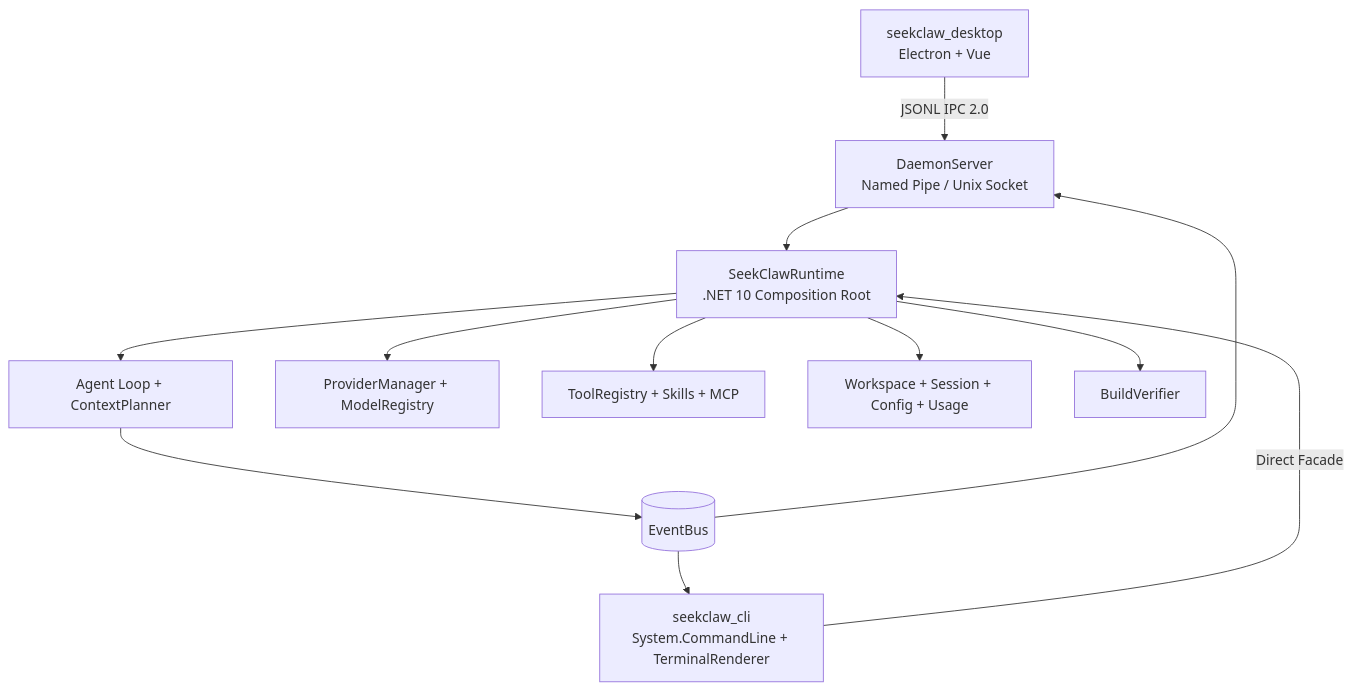
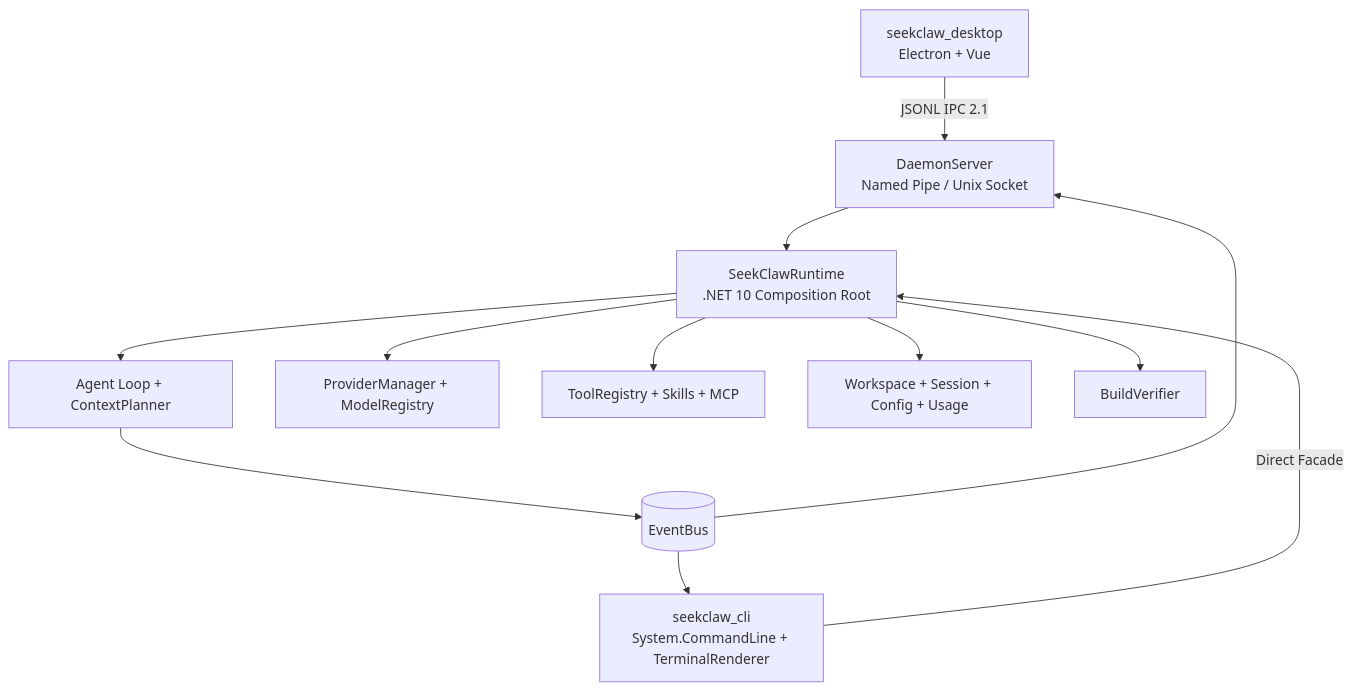
The first of 2 diagrams in seekclaw_website/doc/architecture.md (umr-xiaomai/SeekClaw), drawn with Mermaid before and after one commit. The commit also changed other lines of this file and 36 other files, not shown here.

Commit message:
feat：图片输入和理解

````diff
--- a/seekclaw_website/doc/architecture.md
+++ b/seekclaw_website/doc/architecture.md
@@ -9,15 +9,15 @@
 ```mermaid
 flowchart TB
-    Desktop["seekclaw_desktop<br/>Electron + Vue"] -->|"JSONL IPC 2.0"| Daemon["DaemonServer<br/>Named Pipe / Unix Socket"]
+    Desktop["seekclaw_desktop<br/>Electron + Vue"] -->|"JSONL IPC 2.1"| Daemon["DaemonServer<br/>Named Pipe / Unix Socket"]
     CLI["seekclaw_cli<br/>System.CommandLine + TerminalRenderer"] -->|"Direct Facade"| Runtime
     Daemon --> Runtime["SeekClawRuntime<br/>.NET 10 Composition Root"]
 
     Runtime --> Agent["Agent Loop + ContextPlanner"]
     Runtime --> Provider["ProviderManager + ModelRegistry"]
     Runtime --> Tools["ToolRegistry + Skills + MCP"]
     Runtime --> State["Workspace + Session + Config + Usage"]
     Runtime --> Verify["BuildVerifier"]
     Agent --> Bus[(EventBus)]
     Bus --> CLI
     Bus --> Daemon
 ```
````
